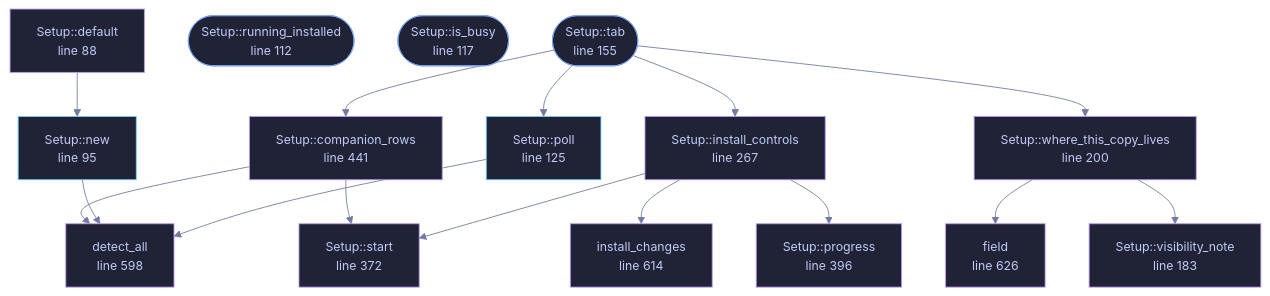
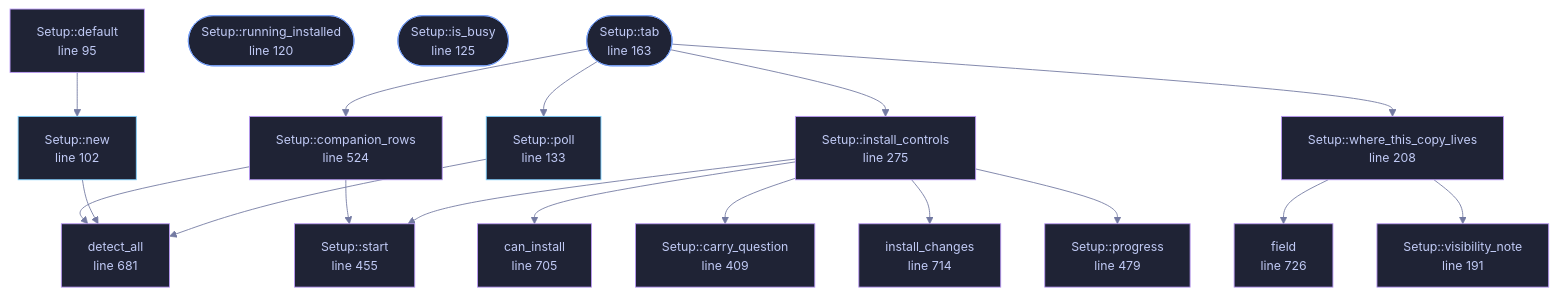
The diagram in docs/files/veilvoice-gui/setup.md (tilas01/veilvoice), drawn with Mermaid before and after one commit. The commit also changed other lines of this file and 59 other files, not shown here.

First line of the commit message:
setup: portable state, and an About tab that says where everything is

````diff
--- a/docs/files/veilvoice-gui/setup.md
+++ b/docs/files/veilvoice-gui/setup.md
@@ -113,54 +113,60 @@
 ```mermaid
 %%{init: {"theme":"base","themeVariables":{"background":"#1a1b26","primaryColor":"#1f2335","primaryTextColor":"#c0caf5","primaryBorderColor":"#7aa2f7","secondaryColor":"#16161e","tertiaryColor":"#16161e","lineColor":"#737aa2","textColor":"#c0caf5","mainBkg":"#1f2335","nodeBorder":"#7aa2f7","clusterBkg":"#16161e","clusterBorder":"#2f3549","fontFamily":"ui-monospace, SFMono-Regular, Consolas, monospace","fontSize":"14px"}}}%%
 flowchart TD
-    n_default["Setup::default<br/>line 88"]
-    n_new["Setup::new<br/>line 95"]
-    n_running_installed(["Setup::running_installed<br/>line 112"])
-    n_is_busy(["Setup::is_busy<br/>line 117"])
-    n_poll["Setup::poll<br/>line 125"]
-    n_tab(["Setup::tab<br/>line 155"])
-    n_visibility_note["Setup::visibility_note<br/>line 183"]
-    n_where_this_copy_lives["Setup::where_this_copy_lives<br/>line 200"]
-    n_install_controls["Setup::install_controls<br/>line 267"]
-    n_start["Setup::start<br/>line 372"]
-    n_progress["Setup::progress<br/>line 396"]
-    n_companion_rows["Setup::companion_rows<br/>line 441"]
-    n_detect_all["detect_all<br/>line 598"]
-    n_install_changes["install_changes<br/>line 614"]
-    n_field["field<br/>line 626"]
+    n_default["Setup::default<br/>line 95"]
+    n_new["Setup::new<br/>line 102"]
+    n_running_installed(["Setup::running_installed<br/>line 120"])
+    n_is_busy(["Setup::is_busy<br/>line 125"])
+    n_poll["Setup::poll<br/>line 133"]
+    n_tab(["Setup::tab<br/>line 163"])
+    n_visibility_note["Setup::visibility_note<br/>line 191"]
+    n_where_this_copy_lives["Setup::where_this_copy_lives<br/>line 208"]
+    n_install_controls["Setup::install_controls<br/>line 275"]
+    n_carry_question["Setup::carry_question<br/>line 409"]
+    n_start["Setup::start<br/>line 455"]
+    n_progress["Setup::progress<br/>line 479"]
+    n_companion_rows["Setup::companion_rows<br/>line 524"]
+    n_detect_all["detect_all<br/>line 681"]
+    n_can_install["can_install<br/>line 705"]
+    n_install_changes["install_changes<br/>line 714"]
+    n_field["field<br/>line 726"]
     n_companion_rows --> n_detect_all
     n_companion_rows --> n_start
     n_default --> n_new
+    n_install_controls --> n_can_install
+    n_install_controls --> n_carry_question
     n_install_controls --> n_install_changes
     n_install_controls --> n_progress
     n_install_controls --> n_start
     n_new --> n_detect_all
     n_poll --> n_detect_all
     n_tab --> n_companion_rows
     n_tab --> n_install_controls
     n_tab --> n_poll
     n_tab --> n_where_this_copy_lives
     n_where_this_copy_lives --> n_field
     n_where_this_copy_lives --> n_visibility_note
-    click n_default href "https://github.com/tilas01/veilvoice/blob/main/crates/veilvoice-gui/src/setup.rs#L88" "open the source"
-    click n_new href "https://github.com/tilas01/veilvoice/blob/main/crates/veilvoice-gui/src/setup.rs#L95" "open the source"
-    click n_running_installed href "https://github.com/tilas01/veilvoice/blob/main/crates/veilvoice-gui/src/setup.rs#L112" "open the source"
-    click n_is_busy href "https://github.com/tilas01/veilvoice/blob/main/crates/veilvoice-gui/src/setup.rs#L117" "open the source"
-    click n_poll href "https://github.com/tilas01/veilvoice/blob/main/crates/veilvoice-gui/src/setup.rs#L125" "open the source"
-    click n_tab href "https://github.com/tilas01/veilvoice/blob/main/crates/veilvoice-gui/src/setup.rs#L155" "open the source"
-    click n_visibility_note href "https://github.com/tilas01/veilvoice/blob/main/crates/veilvoice-gui/src/setup.rs#L183" "open the source"
-    click n_where_this_copy_lives href "https://github.com/tilas01/veilvoice/blob/main/crates/veilvoice-gui/src/setup.rs#L200" "open the source"
-    click n_install_controls href "https://github.com/tilas01/veilvoice/blob/main/crates/veilvoice-gui/src/setup.rs#L267" "open the source"
-    click n_start href "https://github.com/tilas01/veilvoice/blob/main/crates/veilvoice-gui/src/setup.rs#L372" "open the source"
-    click n_progress href "https://github.com/tilas01/veilvoice/blob/main/crates/veilvoice-gui/src/setup.rs#L396" "open the source"
-    click n_companion_rows href "https://github.com/tilas01/veilvoice/blob/main/crates/veilvoice-gui/src/setup.rs#L441" "open the source"
-    click n_detect_all href "https://github.com/tilas01/veilvoice/blob/main/crates/veilvoice-gui/src/setup.rs#L598" "open the source"
-    click n_install_changes href "https://github.com/tilas01/veilvoice/blob/main/crates/veilvoice-gui/src/setup.rs#L614" "open the source"
-    click n_field href "https://github.com/tilas01/veilvoice/blob/main/crates/veilvoice-gui/src/setup.rs#L626" "open the source"
+    click n_default href "https://github.com/tilas01/veilvoice/blob/main/crates/veilvoice-gui/src/setup.rs#L95" "open the source"
+    click n_new href "https://github.com/tilas01/veilvoice/blob/main/crates/veilvoice-gui/src/setup.rs#L102" "open the source"
+    click n_running_installed href "https://github.com/tilas01/veilvoice/blob/main/crates/veilvoice-gui/src/setup.rs#L120" "open the source"
+    click n_is_busy href "https://github.com/tilas01/veilvoice/blob/main/crates/veilvoice-gui/src/setup.rs#L125" "open the source"
+    click n_poll href "https://github.com/tilas01/veilvoice/blob/main/crates/veilvoice-gui/src/setup.rs#L133" "open the source"
+    click n_tab href "https://github.com/tilas01/veilvoice/blob/main/crates/veilvoice-gui/src/setup.rs#L163" "open the source"
+    click n_visibility_note href "https://github.com/tilas01/veilvoice/blob/main/crates/veilvoice-gui/src/setup.rs#L191" "open the source"
+    click n_where_this_copy_lives href "https://github.com/tilas01/veilvoice/blob/main/crates/veilvoice-gui/src/setup.rs#L208" "open the source"
+    click n_install_controls href "https://github.com/tilas01/veilvoice/blob/main/crates/veilvoice-gui/src/setup.rs#L275" "open the source"
+    click n_carry_question href "https://github.com/tilas01/veilvoice/blob/main/crates/veilvoice-gui/src/setup.rs#L409" "open the source"
+    click n_start href "https://github.com/tilas01/veilvoice/blob/main/crates/veilvoice-gui/src/setup.rs#L455" "open the source"
+    click n_progress href "https://github.com/tilas01/veilvoice/blob/main/crates/veilvoice-gui/src/setup.rs#L479" "open the source"
+    click n_companion_rows href "https://github.com/tilas01/veilvoice/blob/main/crates/veilvoice-gui/src/setup.rs#L524" "open the source"
+    click n_detect_all href "https://github.com/tilas01/veilvoice/blob/main/crates/veilvoice-gui/src/setup.rs#L681" "open the source"
+    click n_can_install href "https://github.com/tilas01/veilvoice/blob/main/crates/veilvoice-gui/src/setup.rs#L705" "open the source"
+    click n_install_changes href "https://github.com/tilas01/veilvoice/blob/main/crates/veilvoice-gui/src/setup.rs#L714" "open the source"
+    click n_field href "https://github.com/tilas01/veilvoice/blob/main/crates/veilvoice-gui/src/setup.rs#L726" "open the source"
     classDef entry fill:#1f2335,stroke:#7aa2f7,color:#c0caf5
     class n_running_installed,n_is_busy,n_tab entry
     classDef api fill:#1f2335,stroke:#7dcfff,color:#c0caf5
     class n_new,n_poll api
     classDef helper fill:#1f2335,stroke:#bb9af7,color:#c0caf5
-    class n_default,n_visibility_note,n_where_this_copy_lives,n_install_controls,n_start,n_progress,n_companion_rows,n_detect_all,n_install_changes,n_field helper
+    class n_default,n_visibility_note,n_where_this_copy_lives,n_install_controls,n_carry_question,n_start,n_progress,n_companion_rows,n_detect_all,n_can_install,n_install_changes,n_field helper
 ```
````
